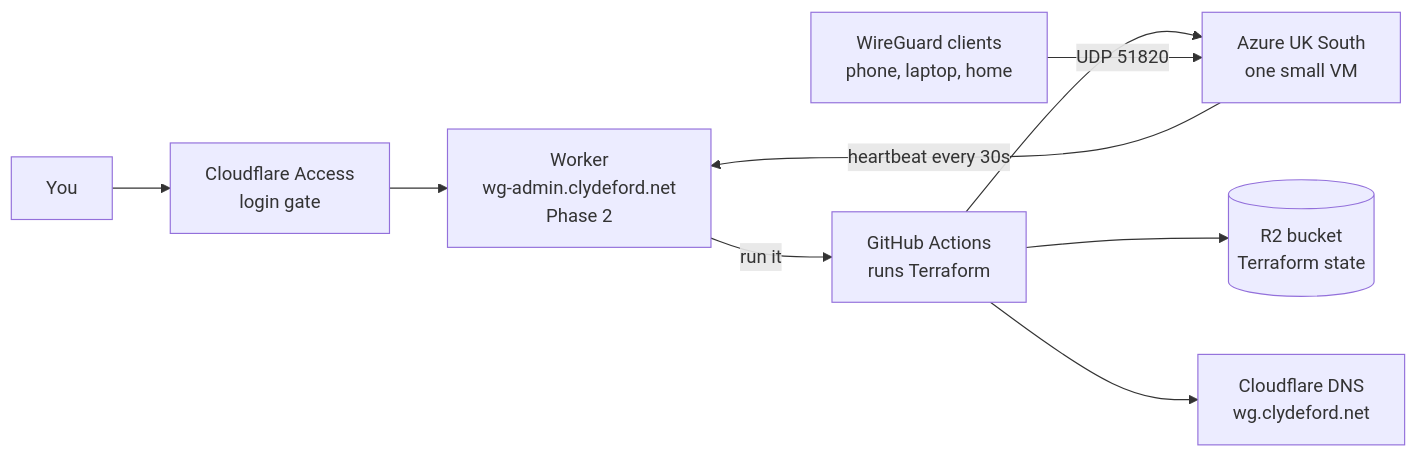
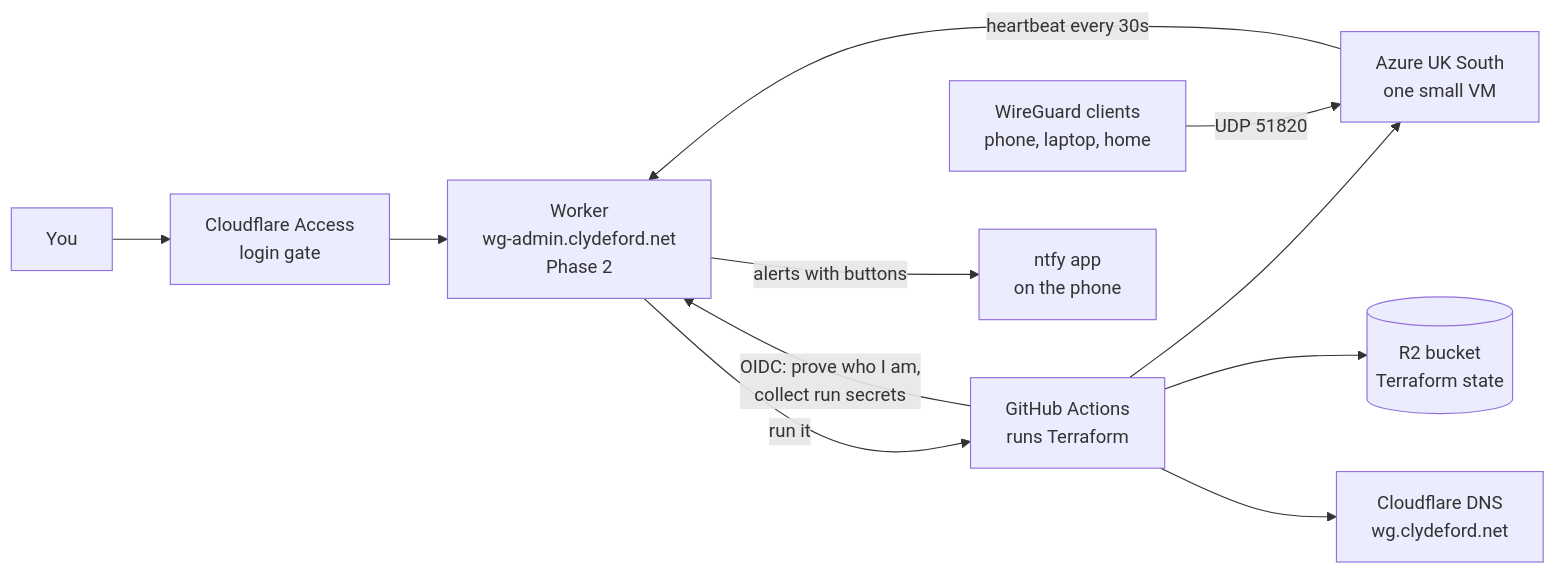
Before and after one commit to sjohnston1972/wireguard: the diagram in README.md, drawn with Mermaid. The commit also changed other lines of this file and 44 other files, not shown here.

````diff
--- a/README.md
+++ b/README.md
@@ -19,11 +20,13 @@
 ```mermaid
 flowchart LR
   U[You] --> CA[Cloudflare Access<br/>login gate]
   CA --> W[Worker<br/>wg-admin.clydeford.net<br/>Phase 2]
   W -->|"run it"| GH[GitHub Actions<br/>runs Terraform]
   GH --> AZ[Azure UK South<br/>one small VM]
   GH --> R2[(R2 bucket<br/>Terraform state)]
   GH --> DNS[Cloudflare DNS<br/>wg.clydeford.net]
   AZ -->|heartbeat every 30s| W
   C[WireGuard clients<br/>phone, laptop, home] -->|UDP 51820| AZ
+  W -->|alerts with buttons| N[ntfy app<br/>on the phone]
+  GH -->|"OIDC: prove who I am,<br/>collect run secrets"| W
 ```
````
